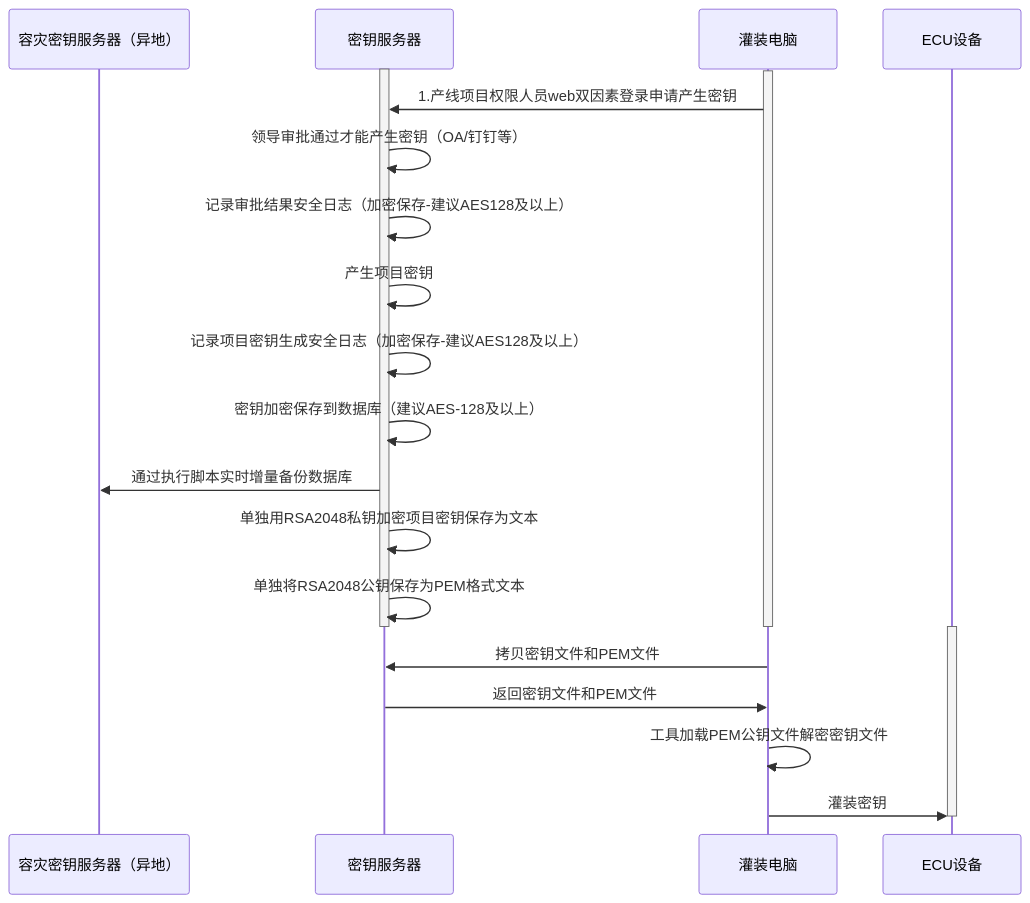
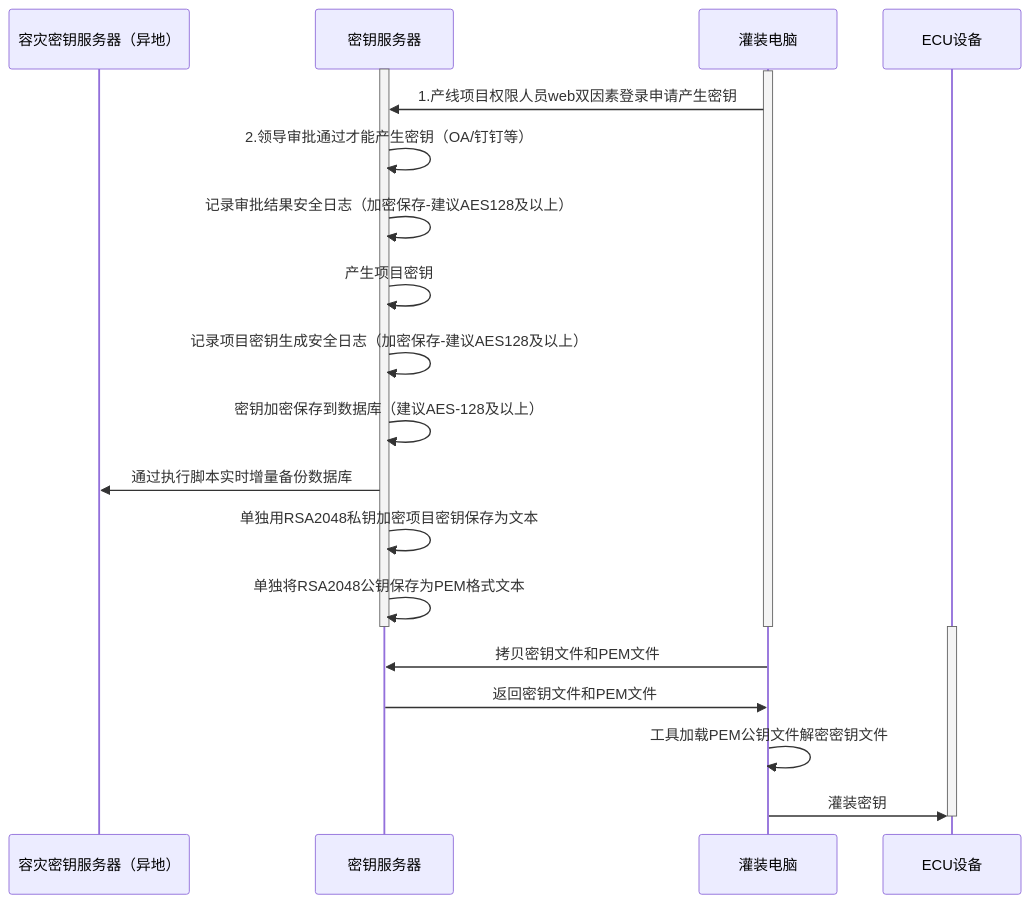
One commit to facebook-cloud/iodraw-files changed the diagram in all/未命名-15.md. Above: the diagram before and after it, drawn with Mermaid.

Commit message:
2026-02-11 19:41:49 update

````diff
--- a/all/未命名-15.md
+++ b/all/未命名-15.md
@@ -1,31 +1,30 @@
 ```mermaid
 sequenceDiagram
     participant A as 容灾密钥服务器（异地）
     participant B as 密钥服务器
     participant D as 灌装电脑
     participant E as ECU设备
 
     activate B
     activate D
     D->>B: 1.产线项目权限人员web双因素登录申请产生密钥
-
-    B->>B: 领导审批通过才能产生密钥（OA/钉钉等）
+    B->>B: 2.领导审批通过才能产生密钥（OA/钉钉等）
     B->>B: 记录审批结果安全日志（加密保存-建议AES128及以上）
     B->>B: 产生项目密钥
     B->>B: 记录项目密钥生成安全日志（加密保存-建议AES128及以上）
     B->>B: 密钥加密保存到数据库（建议AES-128及以上）
     B->>A: 通过执行脚本实时增量备份数据库
 
     B->>B: 单独用RSA2048私钥加密项目密钥保存为文本
     B->>B: 单独将RSA2048公钥保存为PEM格式文本
     deactivate B
     deactivate D
 
     activate E
     D->>B: 拷贝密钥文件和PEM文件
     B->>D: 返回密钥文件和PEM文件
     D->>D:工具加载PEM公钥文件解密密钥文件
     D->>E: 灌装密钥
     deactivate E
 
 ```
````
